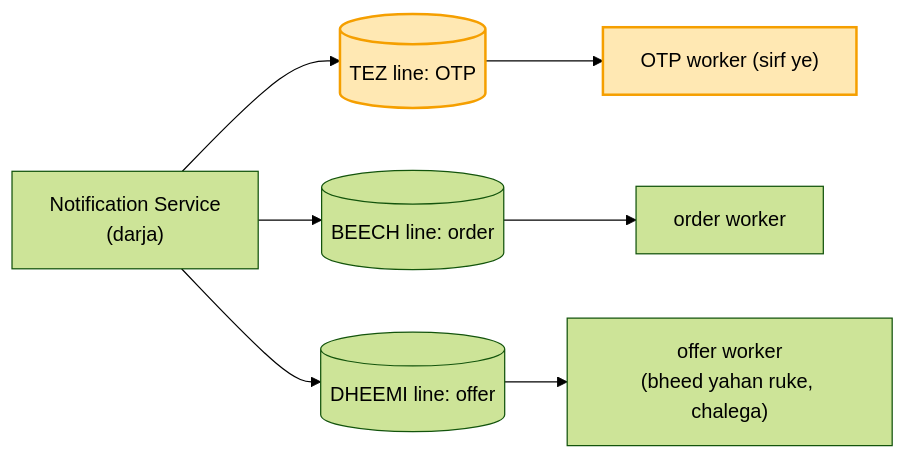
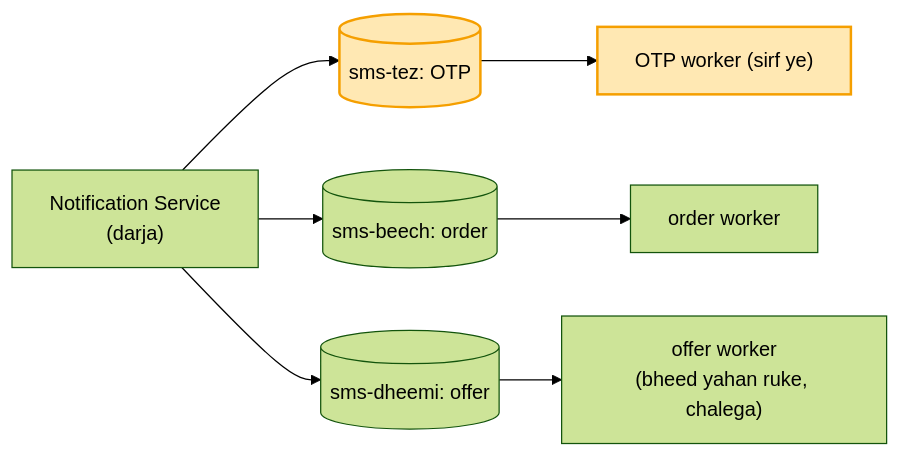
Before and after one commit to ArpanMaheshwari144/Prep: the seventh of 11 diagrams in 04_HLD/SYSTEM_DESIGNS/04_notification_system/04_notification_system.md, drawn with Mermaid (forest theme). The commit also changed other lines of this file, not shown here.

Commit message:
notification kadam 7: line = raasta x darja (kadam 3 ki lines ke andar darja)

````diff
--- a/04_HLD/SYSTEM_DESIGNS/04_notification_system/04_notification_system.md
+++ b/04_HLD/SYSTEM_DESIGNS/04_notification_system/04_notification_system.md
@@ -242,11 +252,11 @@
 ```mermaid
 flowchart LR
-    N["Notification Service<br/>(darja)"] --> T[("TEZ line: OTP")]
-    N --> B[("BEECH line: order")]
-    N --> D[("DHEEMI line: offer")]
+    N["Notification Service<br/>(darja)"] --> T[("sms-tez: OTP")]
+    N --> B[("sms-beech: order")]
+    N --> D[("sms-dheemi: offer")]
     T --> WT["OTP worker (sirf ye)"]
     B --> WB["order worker"]
     D --> WD["offer worker<br/>(bheed yahan ruke, chalega)"]
     style T fill:#ffe8b3,stroke:#f59f00,stroke-width:2px,color:#000
     style WT fill:#ffe8b3,stroke:#f59f00,stroke-width:2px,color:#000
 ```
````
